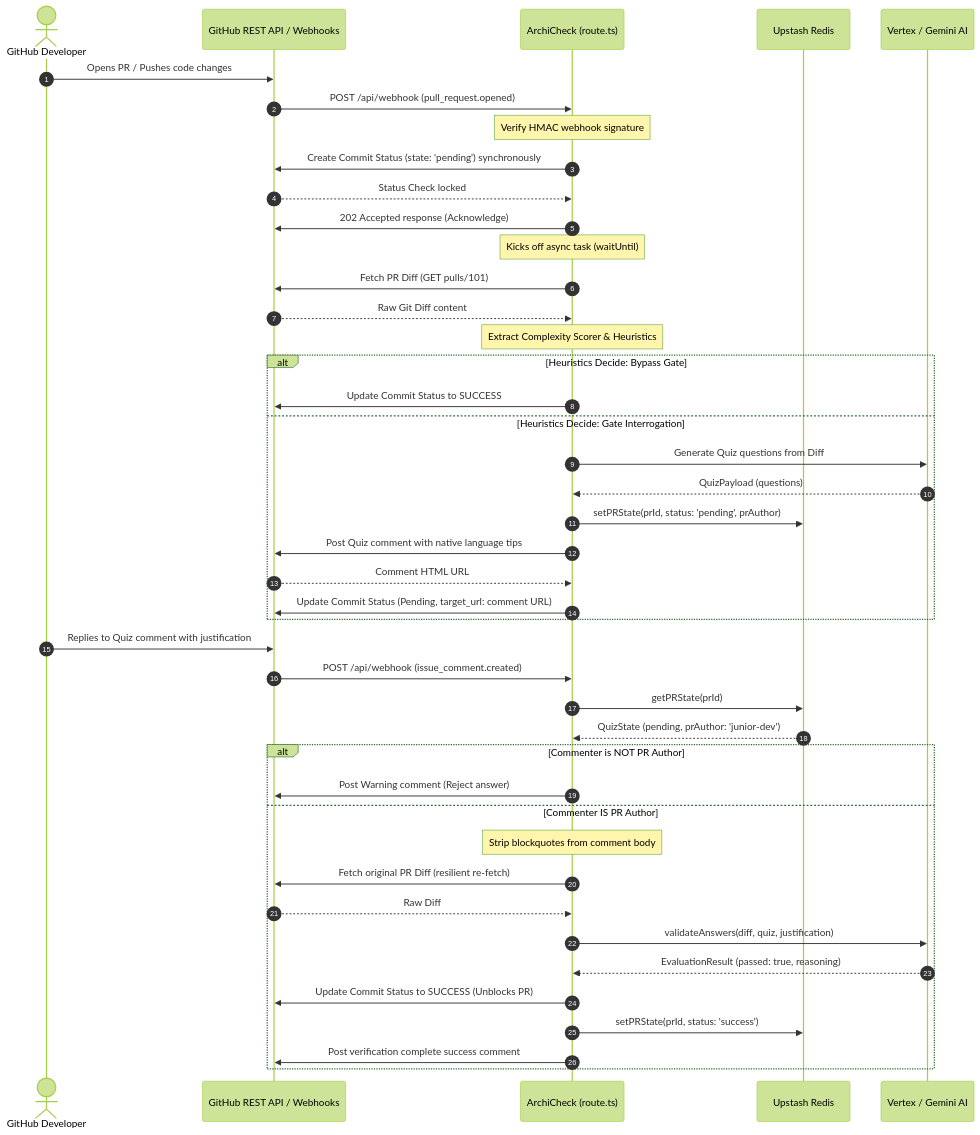
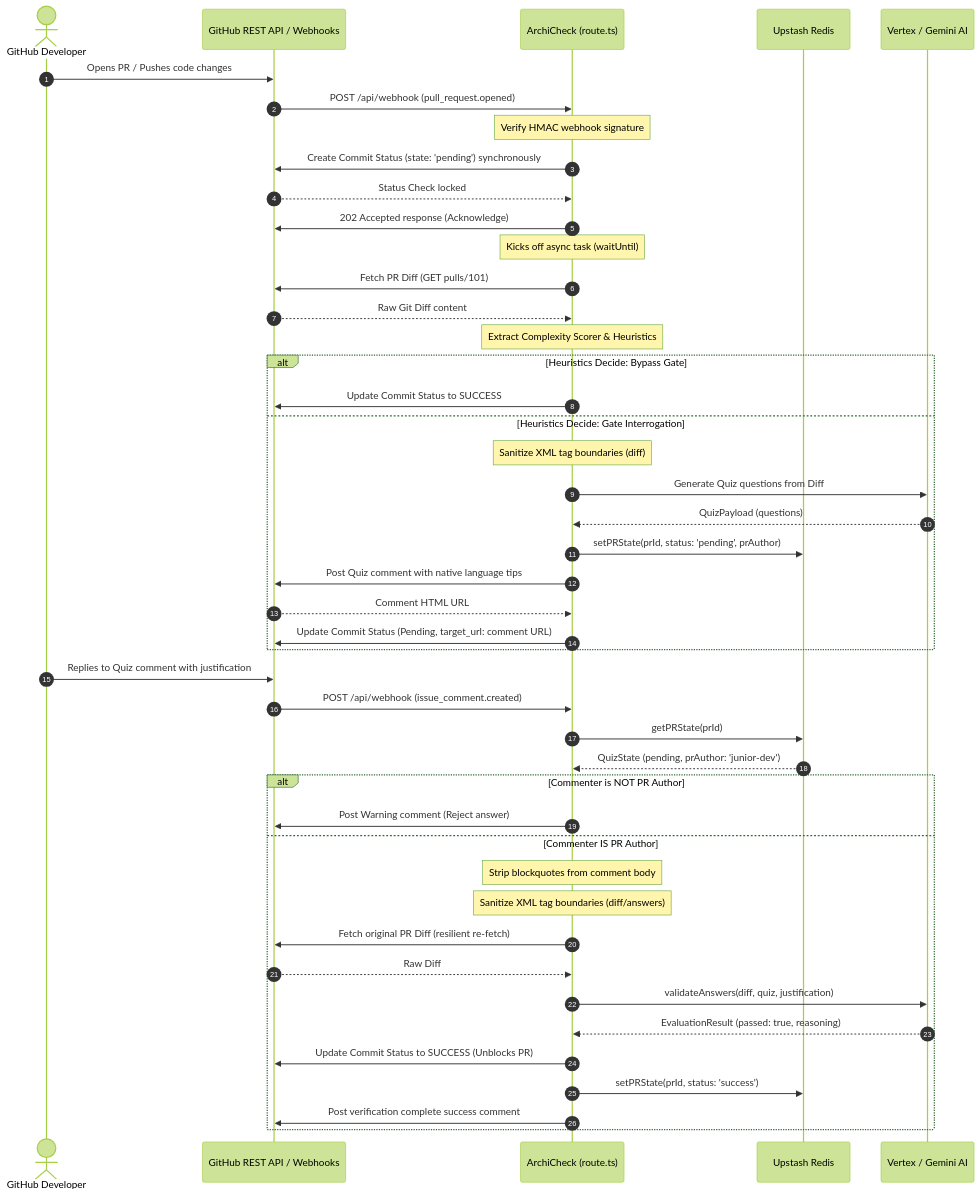
Before and after one commit to tinhct/archi-check: the first of 2 diagrams in docs/Architecture/Sequence_Diagram.md, drawn with Mermaid (forest theme). The commit also changed 2 other files, not shown here.

Commit message:
docs: update sequence, data flow, and workflow diagrams to include input tag sanitization checkpoints

````diff
--- a/docs/Architecture/Sequence_Diagram.md
+++ b/docs/Architecture/Sequence_Diagram.md
@@ -7,50 +7,52 @@
 ```mermaid
 sequenceDiagram
     autonumber
     actor Dev as GitHub Developer
     participant GH as GitHub REST API / Webhooks
     participant Edge as ArchiCheck (route.ts)
     participant Redis as Upstash Redis
     participant LLM as Vertex / Gemini AI
 
     Dev->>GH: Opens PR / Pushes code changes
     GH->>Edge: POST /api/webhook (pull_request.opened)
     Note over Edge: Verify HMAC webhook signature
     Edge->>GH: Create Commit Status (state: 'pending') synchronously
     GH-->>Edge: Status Check locked
     Edge->>GH: 202 Accepted response (Acknowledge)
     
     Note over Edge: Kicks off async task (waitUntil)
     Edge->>GH: Fetch PR Diff (GET pulls/101)
     GH-->>Edge: Raw Git Diff content
     Note over Edge: Extract Complexity Scorer & Heuristics
     
     alt Heuristics Decide: Bypass Gate
         Edge->>GH: Update Commit Status to SUCCESS
     else Heuristics Decide: Gate Interrogation
+        Note over Edge: Sanitize XML tag boundaries (diff)
         Edge->>LLM: Generate Quiz questions from Diff
         LLM-->>Edge: QuizPayload (questions)
         Edge->>Redis: setPRState(prId, status: 'pending', prAuthor)
         Edge->>GH: Post Quiz comment with native language tips
         GH-->>Edge: Comment HTML URL
         Edge->>GH: Update Commit Status (Pending, target_url: comment URL)
     end
     
     Dev->>GH: Replies to Quiz comment with justification
     GH->>Edge: POST /api/webhook (issue_comment.created)
     Edge->>Redis: getPRState(prId)
     Redis-->>Edge: QuizState (pending, prAuthor: 'junior-dev')
     
     alt Commenter is NOT PR Author
         Edge->>GH: Post Warning comment (Reject answer)
     else Commenter IS PR Author
         Note over Edge: Strip blockquotes from comment body
+        Note over Edge: Sanitize XML tag boundaries (diff/answers)
         Edge->>GH: Fetch original PR Diff (resilient re-fetch)
         GH-->>Edge: Raw Diff
         Edge->>LLM: validateAnswers(diff, quiz, justification)
         LLM-->>Edge: EvaluationResult (passed: true, reasoning)
         Edge->>GH: Update Commit Status to SUCCESS (Unblocks PR)
         Edge->>Redis: setPRState(prId, status: 'success')
         Edge->>GH: Post verification complete success comment
     end
 ```
````
